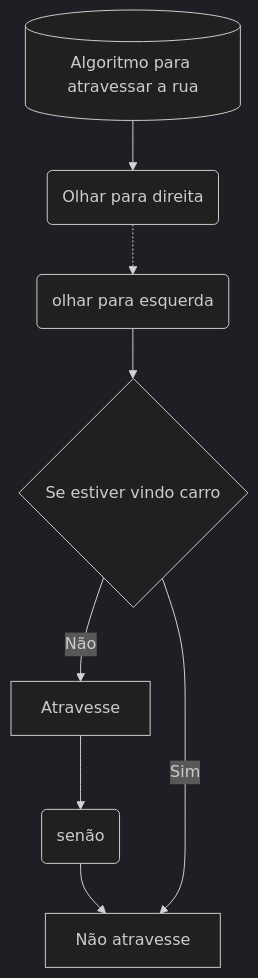
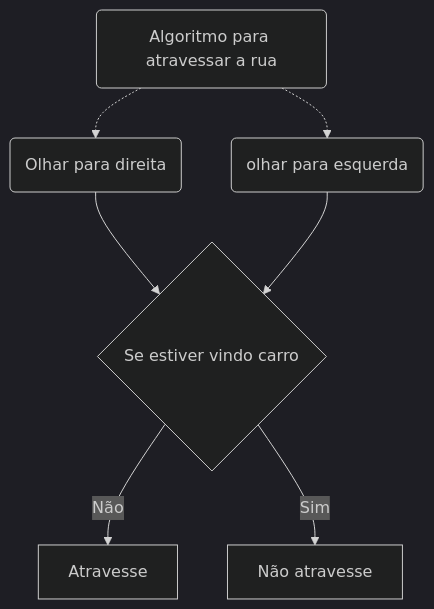
Before and after one commit to DiorgeMontezuma/PortugolAnotacoes: the first of 4 diagrams in AulasPortugol/Aula 1/Readme.md, drawn with Mermaid (dark theme). The commit also changed other lines of this file, not shown here.

````diff
--- a/AulasPortugol/Aula 1/Readme.md
+++ b/AulasPortugol/Aula 1/Readme.md
@@ -20,11 +43,11 @@
 ```mermaid
 graph TD;
-    x[(Algoritmo para atravessar a rua)]-->A
-    A(Olhar para direita)-.->B(olhar para esquerda)
-    B-->D{Se estiver vindo carro};
-     D -->|Não| f[Atravesse] -->h(senão) -->g
-   
-     D -->|Sim| g[Não atravesse]
-     
-     
+    
+    X(Algoritmo para atravessar a rua)
+    X-.->A(Olhar para direita)
+    X-.->B(olhar para esquerda)
+    A-->D
+    B-->D{Se estiver vindo carro}
+    D -->|Não| f[Atravesse] 
+    D -->|Sim| g[Não atravesse]
 ```
````
